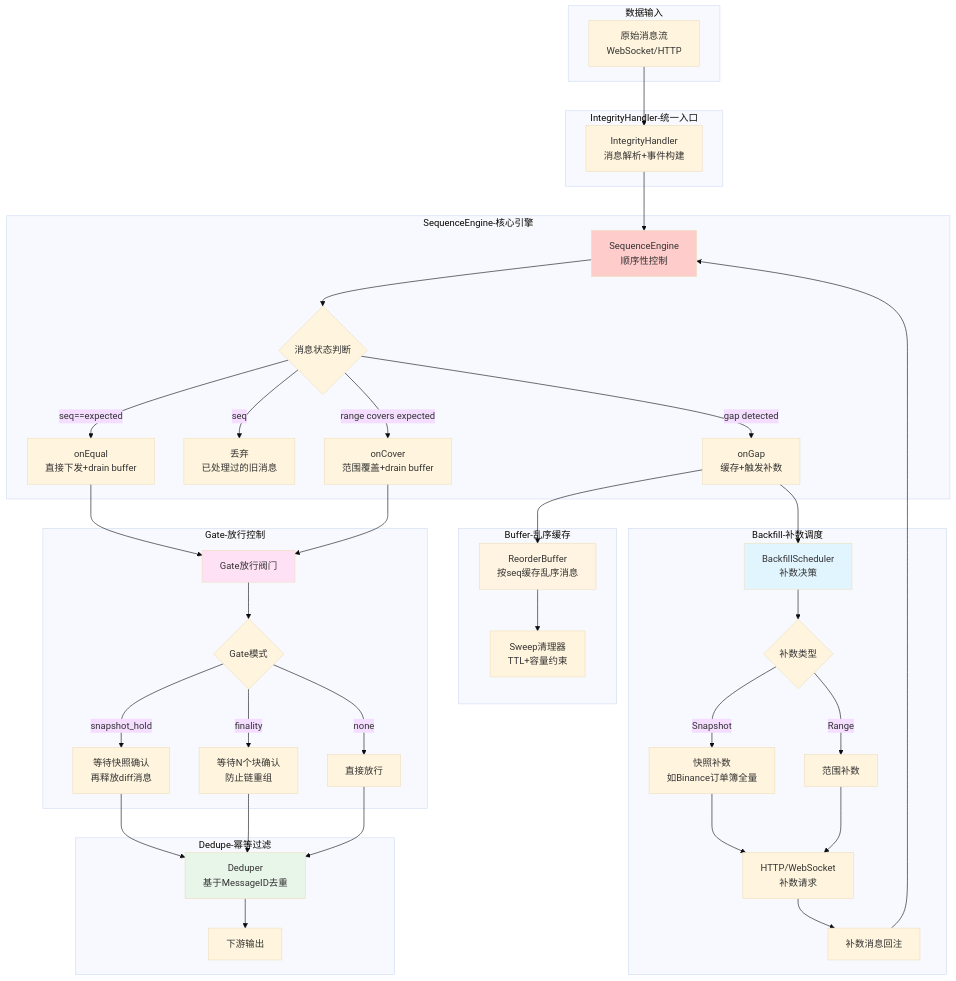
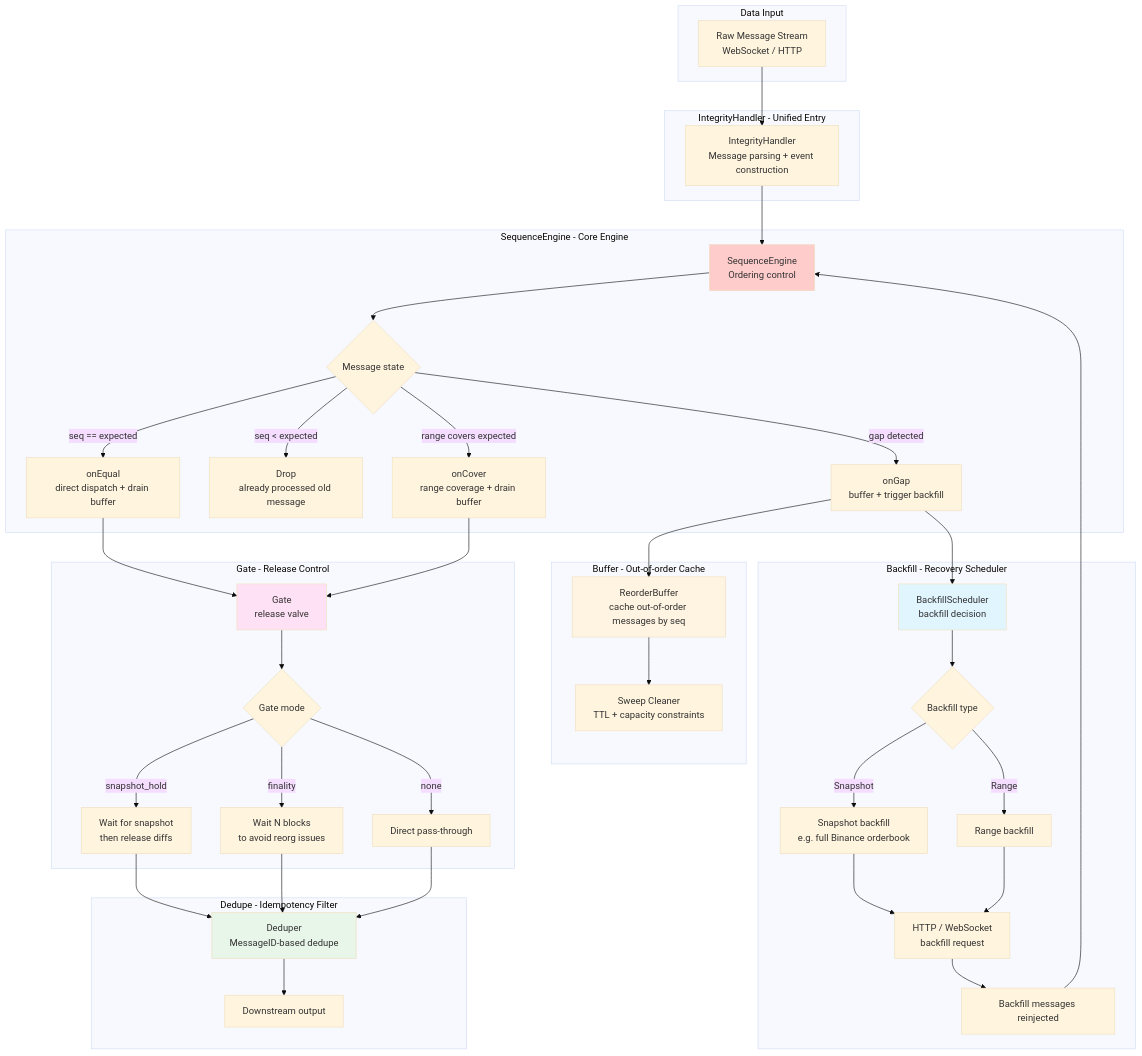
The fourth of 12 diagrams in README.md (sjtutwilight/CryptoAgent), drawn with Mermaid (base theme) before and after one commit. The commit also changed other lines of this file, not shown here.

````diff
--- a/README.md
+++ b/README.md
@@ -242,59 +269,59 @@
 ```mermaid
 graph TB
-    subgraph "数据输入"
-        IN[原始消息流<br/>WebSocket/HTTP]
+    subgraph "Data Input"
+        IN[Raw Message Stream<br/>WebSocket / HTTP]
     end
 
-    subgraph "IntegrityHandler-统一入口"
-        IN --> IH[IntegrityHandler<br/>消息解析+事件构建]
+    subgraph "IntegrityHandler - Unified Entry"
+        IN --> IH[IntegrityHandler<br/>Message parsing + event construction]
     end
 
-    subgraph "SequenceEngine-核心引擎"
-        IH --> SE[SequenceEngine<br/>顺序性控制]
+    subgraph "SequenceEngine - Core Engine"
+        IH --> SE[SequenceEngine<br/>Ordering control]
 
-        SE --> C1{消息状态判断}
-        C1 -->|seq==expected| EQ[onEqual<br/>直接下发+drain buffer]
-        C1 -->|seq<expected| DROP[丢弃<br/>已处理过的旧消息]
-        C1 -->|range covers expected| COV[onCover<br/> 范围覆盖+drain buffer]
-        C1 -->|gap detected| GAP[onGap<br/>缓存+触发补数]
+        SE --> C1{Message state}
+        C1 -->|seq == expected| EQ[onEqual<br/>direct dispatch + drain buffer]
+        C1 -->|seq < expected| DROP[Drop<br/>already processed old message]
+        C1 -->|range covers expected| COV[onCover<br/>range coverage + drain buffer]
+        C1 -->|gap detected| GAP[onGap<br/>buffer + trigger backfill]
     end
 
-    subgraph "Buffer-乱序缓存"
-        GAP --> BUF[ReorderBuffer<br/>按seq缓存乱序消息]
-        BUF --> SW[Sweep清理器<br/>TTL+容量约束]
+    subgraph "Buffer - Out-of-order Cache"
+        GAP --> BUF[ReorderBuffer<br/>cache out-of-order messages by seq]
+        BUF --> SW[Sweep Cleaner<br/>TTL + capacity constraints]
     end
 
-    subgraph "Backfill-补数调度"
-        GAP --> BF[BackfillScheduler<br/>补数决策]
-        BF --> BF1{补数类型}
-        BF1 -->|Snapshot| SNAP[快照补数<br/>如Binance订单簿全量]
-        BF1 -->|Range| RANGE[范围补数]
-        SNAP --> HTTP[HTTP/WebSocket<br/>补数请求]
+    subgraph "Backfill - Recovery Scheduler"
+        GAP --> BF[BackfillScheduler<br/>backfill decision]
+        BF --> BF1{Backfill type}
+        BF1 -->|Snapshot| SNAP[Snapshot backfill<br/>e.g. full Binance orderbook]
+        BF1 -->|Range| RANGE[Range backfill]
+        SNAP --> HTTP[HTTP / WebSocket<br/>backfill request]
         RANGE --> HTTP
-        HTTP --> BACK[补数消息回注]
+        HTTP --> BACK[Backfill messages reinjected]
         BACK --> SE
     end
 
-    subgraph "Gate-放行控制"
-        EQ --> GATE[Gate放行阀门]
+    subgraph "Gate - Release Control"
+        EQ --> GATE[Gate<br/>release valve]
         COV --> GATE
-        GATE --> G1{Gate模式}
-        G1 -->|snapshot_hold| SH[等待快照确认<br/>再释放diff消息]
-        G1 -->|finality| FIN[等待N个块确认<br/>防止链重组]
-        G1 -->|none| PASS[直接放行]
+        GATE --> G1{Gate mode}
+        G1 -->|snapshot_hold| SH[Wait for snapshot<br/>then release diffs]
+        G1 -->|finality| FIN[Wait N blocks<br/>to avoid reorg issues]
+        G1 -->|none| PASS[Direct pass-through]
     end
 
-    subgraph "Dedupe-幂等过滤"
-        SH --> DD[Deduper<br/>基于MessageID去重]
+    subgraph "Dedupe - Idempotency Filter"
+        SH --> DD[Deduper<br/>MessageID-based dedupe]
         FIN --> DD
         PASS --> DD
-        DD --> OUT[下游输出]
+        DD --> OUT[Downstream output]
     end
 
     style SE fill:#ffcccc
     style BUF fill:#fff4e1
     style BF fill:#e1f5ff
     style GATE fill:#ffe1f5
     style DD fill:#e8f5e9
 
 ```
````
